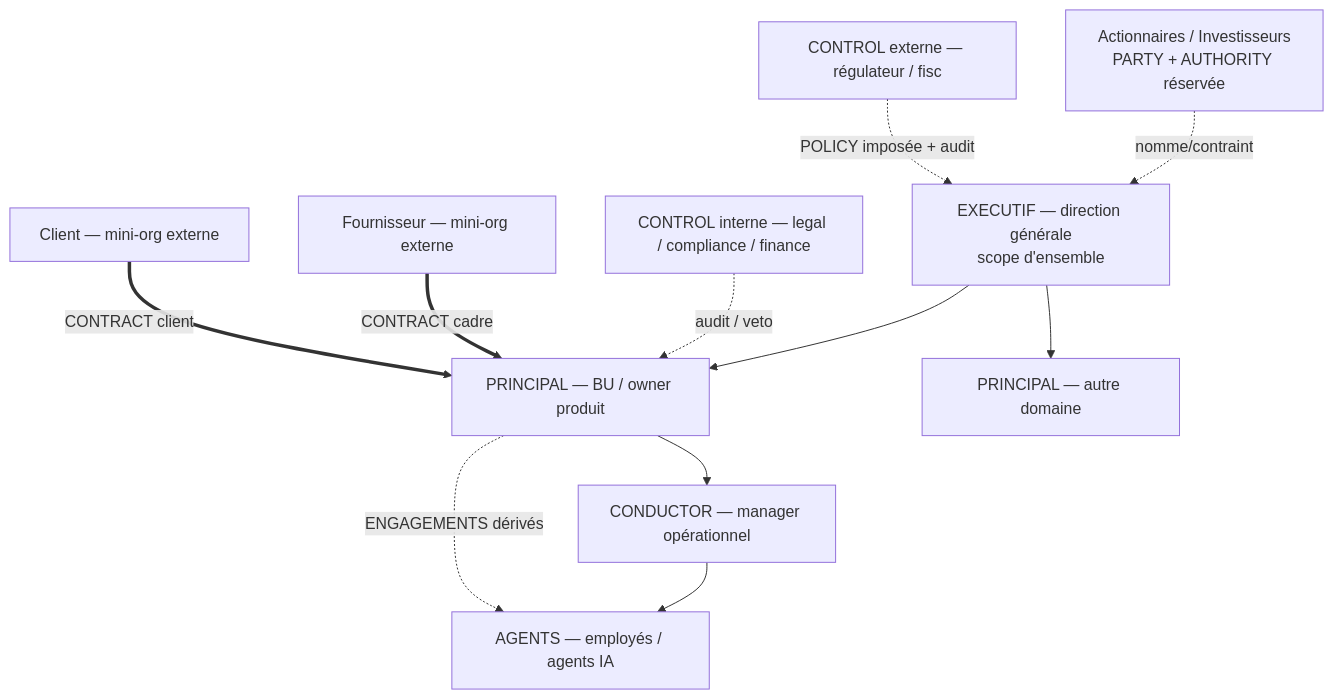
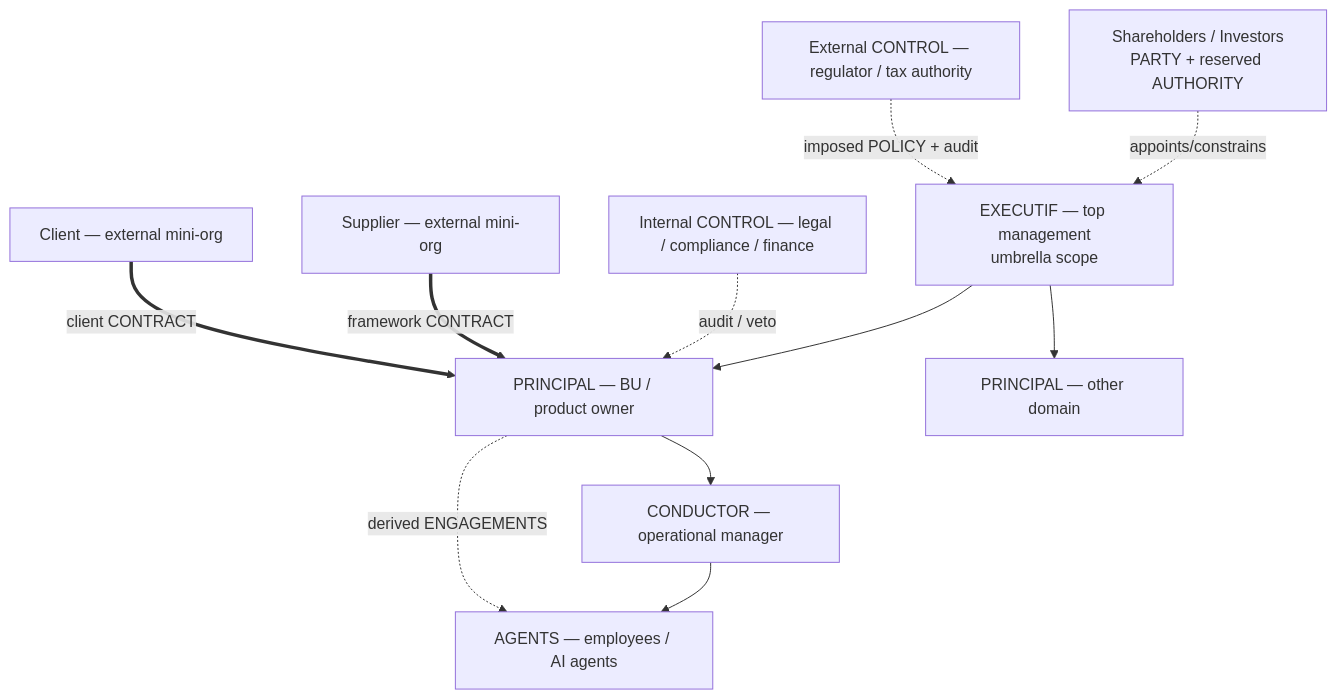
The diagram in evaluations/a-enterprise.md (rhanka/h2a), drawn with Mermaid before and after one commit. The commit also changed other lines of this file and 8 other files, not shown here.

````diff
--- a/evaluations/a-enterprise.md
+++ b/evaluations/a-enterprise.md
@@ -9,14 +9,14 @@
 ```mermaid
 flowchart TD
-  SH[Actionnaires / Investisseurs<br/>PARTY + AUTHORITY réservée] -. nomme/contraint .-> EXEC
-  EXEC[EXECUTIF — direction générale<br/>scope d'ensemble]
-  EXEC --> P1[PRINCIPAL — BU / owner produit]
-  EXEC --> P2[PRINCIPAL — autre domaine]
-  P1 --> C1[CONDUCTOR — manager opérationnel]
-  C1 --> AG1[AGENTS — employés / agents IA]
-  REG[CONTROL externe — régulateur / fisc] -. POLICY imposée + audit .-> EXEC
-  CTRL[CONTROL interne — legal / compliance / finance] -. audit / veto .-> P1
-  SUP[Fournisseur — mini-org externe] == CONTRACT cadre ==> P1
-  CLI[Client — mini-org externe] == CONTRACT client ==> P1
-  P1 -. ENGAGEMENTS dérivés .-> AG1
+  SH[Shareholders / Investors<br/>PARTY + reserved AUTHORITY] -. appoints/constrains .-> EXEC
+  EXEC[EXECUTIF — top management<br/>umbrella scope]
+  EXEC --> P1[PRINCIPAL — BU / product owner]
+  EXEC --> P2[PRINCIPAL — other domain]
+  P1 --> C1[CONDUCTOR — operational manager]
+  C1 --> AG1[AGENTS — employees / AI agents]
+  REG[External CONTROL — regulator / tax authority] -. imposed POLICY + audit .-> EXEC
+  CTRL[Internal CONTROL — legal / compliance / finance] -. audit / veto .-> P1
+  SUP[Supplier — external mini-org] == framework CONTRACT ==> P1
+  CLI[Client — external mini-org] == client CONTRACT ==> P1
+  P1 -. derived ENGAGEMENTS .-> AG1
 ```
````
